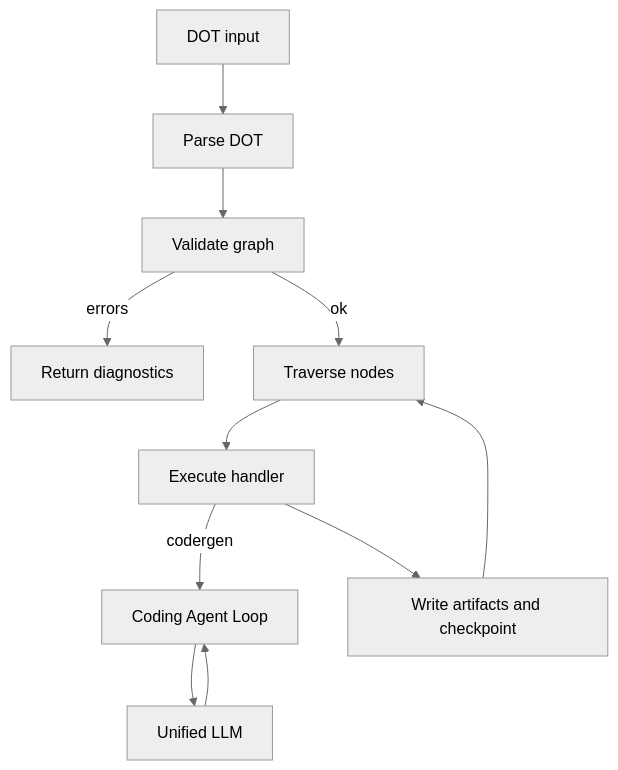
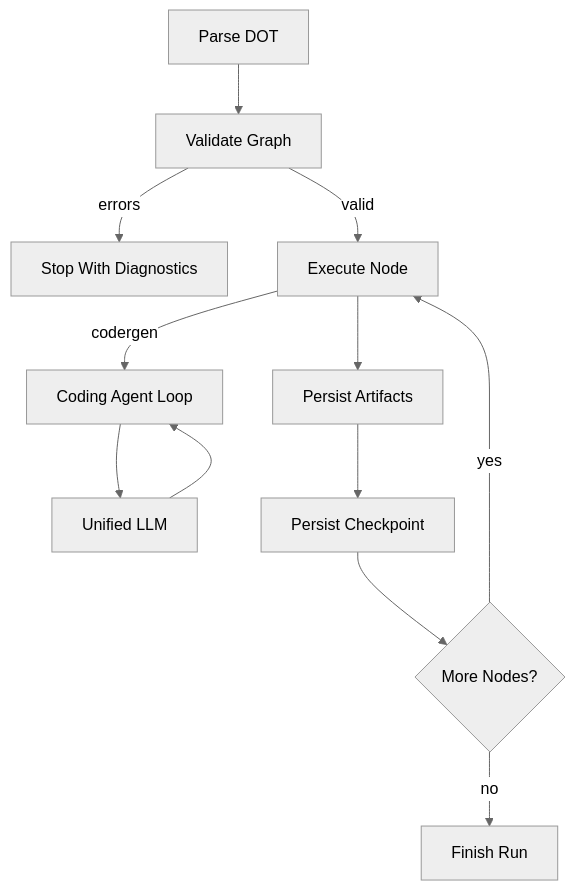
One commit to jaytaylor/attractor-tcl changed the third of 5 diagrams in docs/sprints/SPRINT-003-implementation-plan.md. Above: the diagram before and after it, drawn with Mermaid (neutral theme). The commit also changed other lines of this file, not shown here.

Commit message:
docs: sync sprint 003 implementation plan to verified completion

````diff
--- a/docs/sprints/SPRINT-003-implementation-plan.md
+++ b/docs/sprints/SPRINT-003-implementation-plan.md
@@ -854,14 +1693,14 @@
 ```mermaid
-%% Source: .scratch/diagrams/sprint-003-implementation-plan/workflow.mmd
 flowchart TD
-  A[DOT input] --> B[Parse DOT]
-  B --> C[Validate graph]
-  C -->|errors| D[Return diagnostics]
-  C -->|ok| E[Traverse nodes]
-  E --> F[Execute handler]
-  F -->|codergen| G[Coding Agent Loop]
-  G --> H[Unified LLM]
-  H --> G
-  F --> I[Write artifacts and checkpoint]
-  I --> E
+  A[Parse DOT] --> B[Validate Graph]
+  B -->|errors| C[Stop With Diagnostics]
+  B -->|valid| D[Execute Node]
+  D -->|codergen| E[Coding Agent Loop]
+  E --> F[Unified LLM]
+  F --> E
+  D --> G[Persist Artifacts]
+  G --> H[Persist Checkpoint]
+  H --> I{More Nodes?}
+  I -->|yes| D
+  I -->|no| J[Finish Run]
 ```
````
